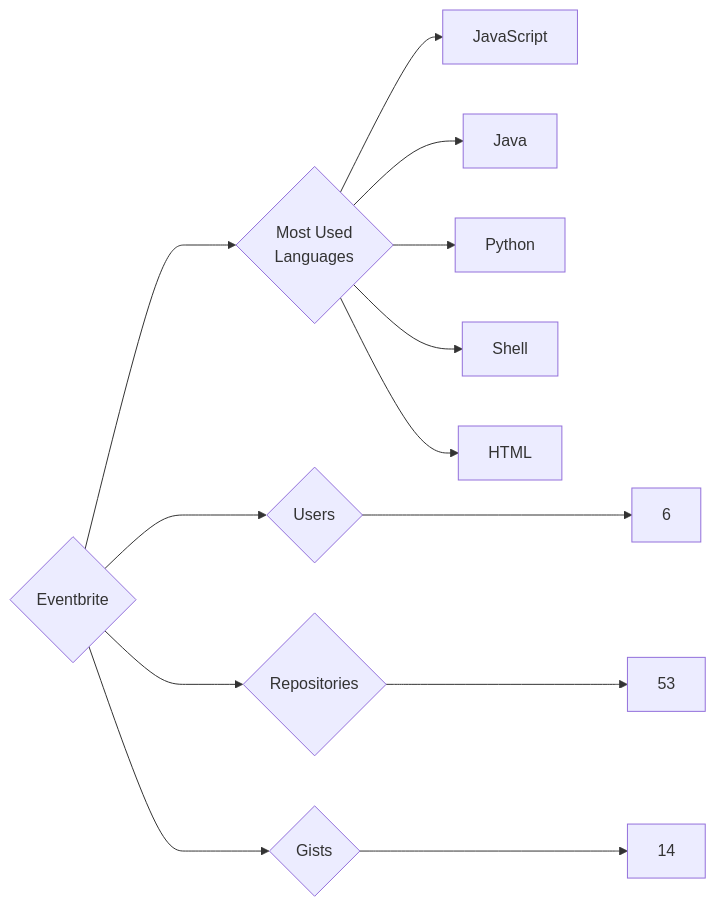
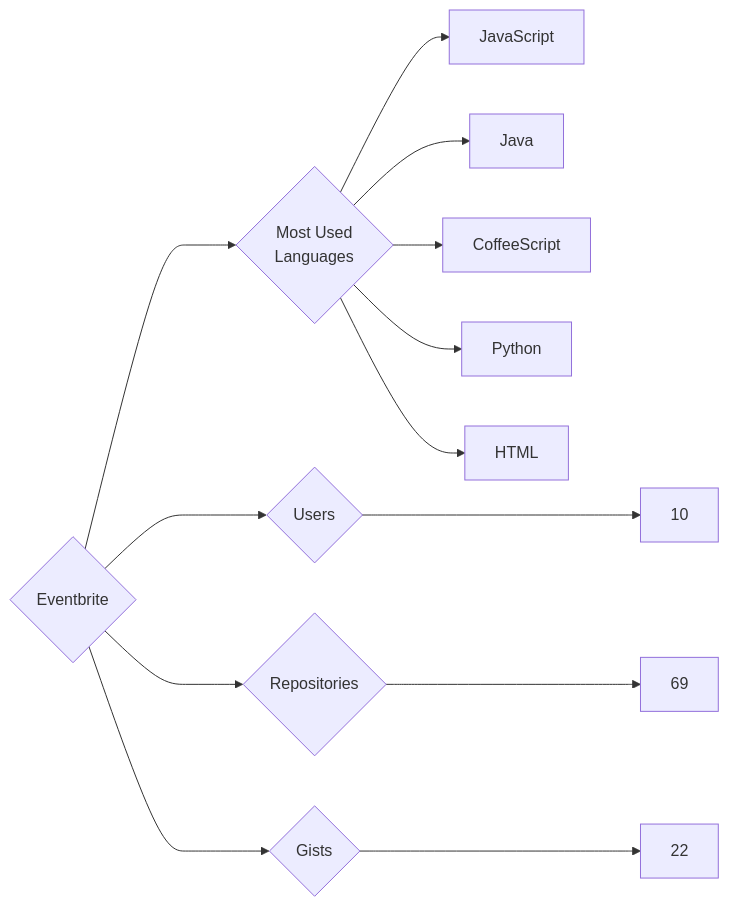
Before and after one commit to trickest/insiders: the diagram in targets/Eventbrite/README.md, drawn with Mermaid. The commit also changed 988 other files, not shown here.

````diff
--- a/targets/Eventbrite/README.md
+++ b/targets/Eventbrite/README.md
@@ -3,13 +3,13 @@
 ```mermaid
 graph LR
 COMPANY_NAME{Eventbrite}
-COMPANY_NAME ---> U{Users} ---> UN[6]
-COMPANY_NAME ---> R{Repositories} ---> RN[53]
-COMPANY_NAME ---> G{Gists} ---> GN[14]
+COMPANY_NAME ---> U{Users} ---> UN[10]
+COMPANY_NAME ---> R{Repositories} ---> RN[69]
+COMPANY_NAME ---> G{Gists} ---> GN[22]
 COMPANY_NAME ---> ML{Most Used<br>Languages}
 ML --> JavaScript[JavaScript]
 ML --> Java[Java]
+ML --> CoffeeScript[CoffeeScript]
 ML --> Python[Python]
-ML --> Shell[Shell]
 ML --> HTML[HTML]
 ```
````
